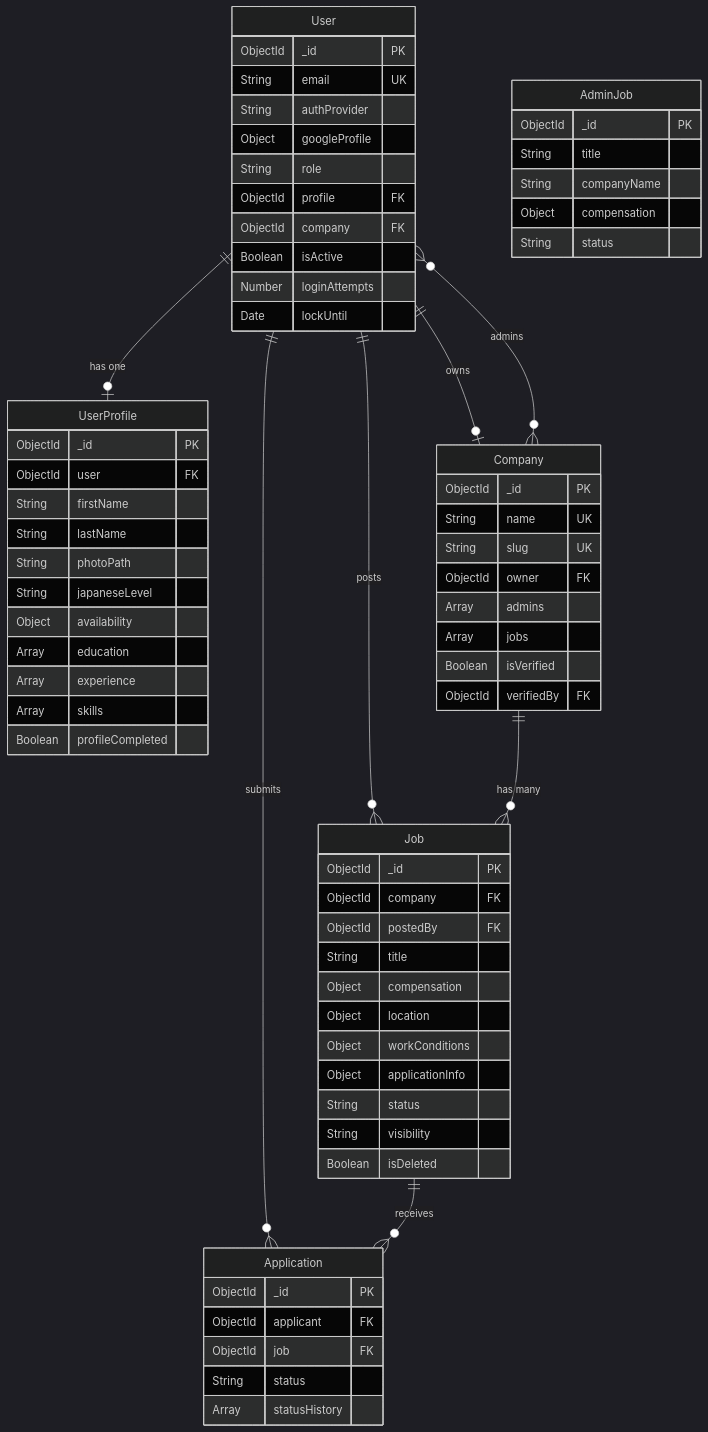
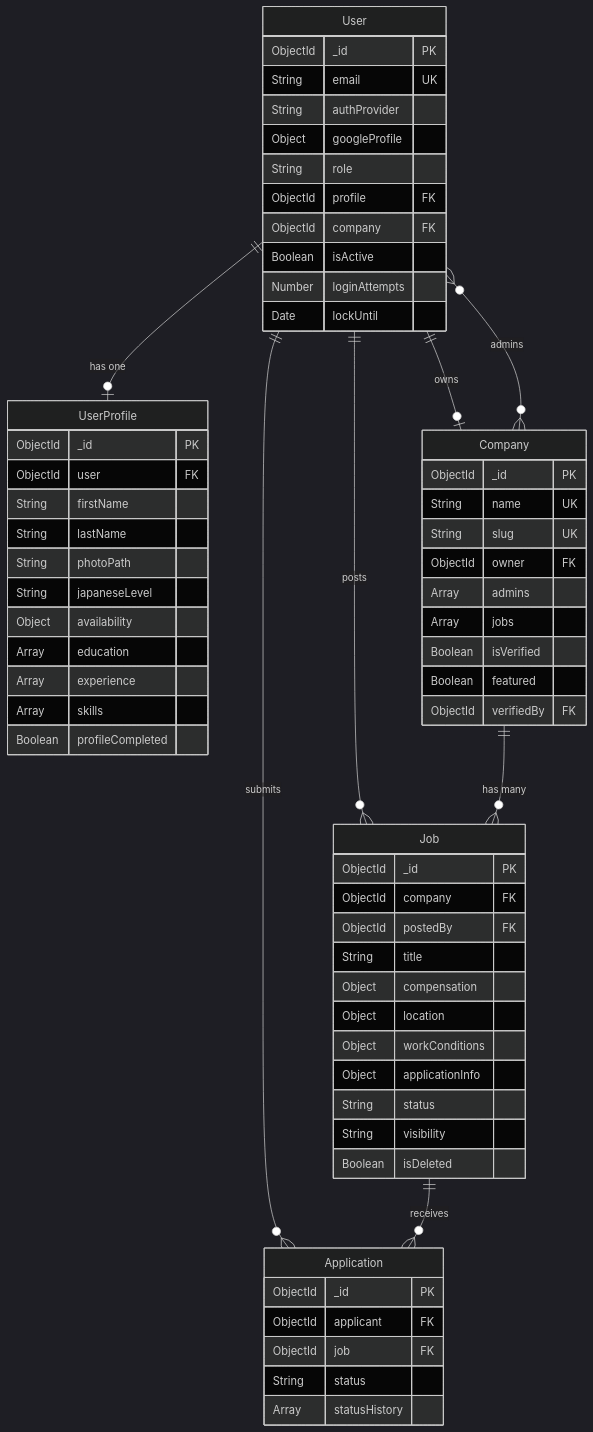
One commit to Team-Kaizen-MMDC/mmdc-wst changed the fifth of 6 diagrams in docs/DATABASE_PLAN.md. Above: the diagram before and after it, drawn with Mermaid (dark theme). The commit also changed other lines of this file and 8 other files, not shown here.

````diff
--- a/docs/DATABASE_PLAN.md
+++ b/docs/DATABASE_PLAN.md
@@ -636,78 +592,71 @@
 ```mermaid
 erDiagram
     User ||--o| UserProfile : "has one"
     User ||--o| Company : "owns"
     User ||--o{ Application : "submits"
     User ||--o{ Job : "posts"
     Company ||--o{ Job : "has many"
     Company }o--o{ User : "admins"
     Job ||--o{ Application : "receives"
 
     User {
         ObjectId _id PK
         String email UK
         String authProvider
         Object googleProfile
         String role
         ObjectId profile FK
         ObjectId company FK
         Boolean isActive
         Number loginAttempts
         Date lockUntil
     }
 
     UserProfile {
         ObjectId _id PK
         ObjectId user FK
         String firstName
         String lastName
         String photoPath
         String japaneseLevel
         Object availability
         Array education
         Array experience
         Array skills
         Boolean profileCompleted
     }
 
     Company {
         ObjectId _id PK
         String name UK
         String slug UK
         ObjectId owner FK
         Array admins
         Array jobs
         Boolean isVerified
+        Boolean featured
         ObjectId verifiedBy FK
     }
 
     Job {
         ObjectId _id PK
         ObjectId company FK
         ObjectId postedBy FK
         String title
         Object compensation
         Object location
         Object workConditions
         Object applicationInfo
         String status
         String visibility
         Boolean isDeleted
     }
 
     Application {
         ObjectId _id PK
         ObjectId applicant FK
         ObjectId job FK
         String status
         Array statusHistory
     }
-
-    AdminJob {
-        ObjectId _id PK
-        String title
-        String companyName
-        Object compensation
-        String status
-    }
 ```
````
